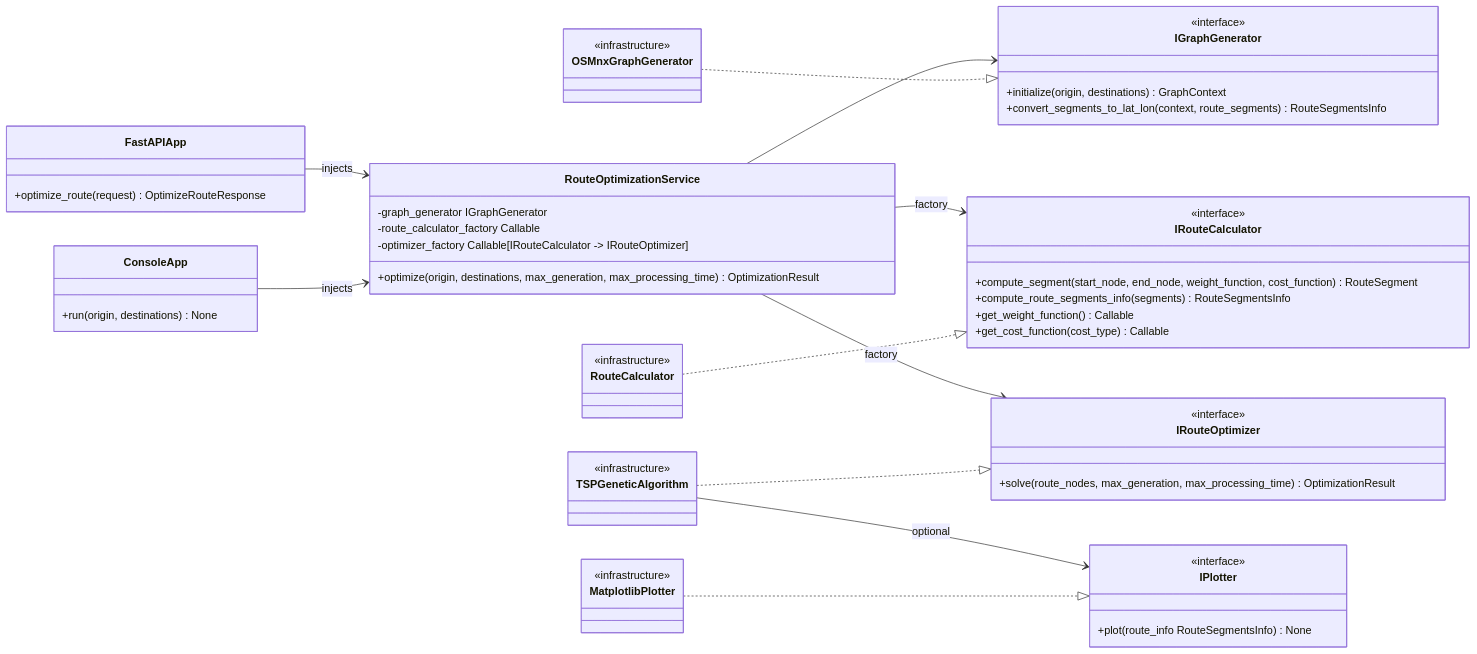
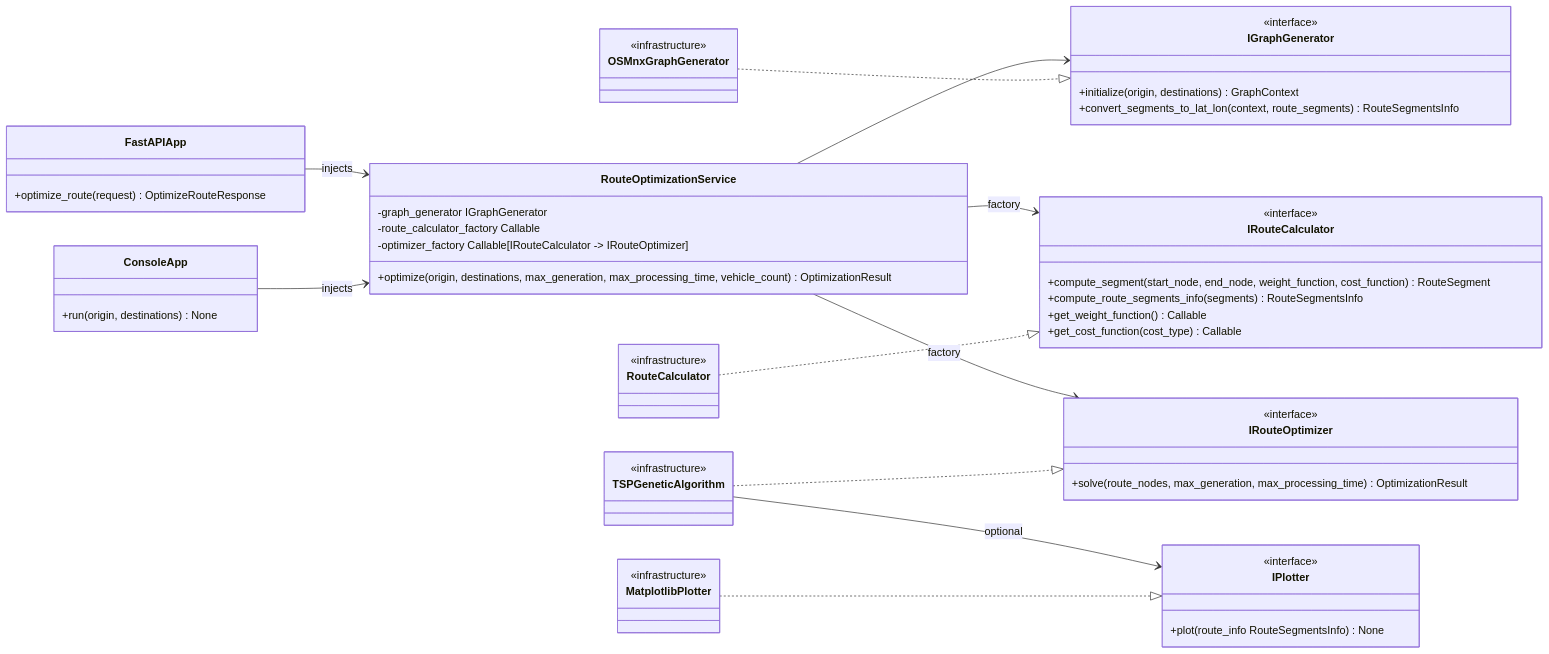
One commit to luizaaca/api_best_route changed the third of 3 diagrams in architecture.md. Above: the diagram before and after it, drawn with Mermaid. The commit also changed other lines of this file and 9 other files, not shown here.

Commit message:
feat: Add vehicle_count parameter to route optimization and update related documentation and logic

````diff
--- a/architecture.md
+++ b/architecture.md
@@ -280,61 +280,61 @@
 ```mermaid
 classDiagram
     direction LR
 
     class IGraphGenerator {
         <<interface>>
         +initialize(origin, destinations) GraphContext
         +convert_segments_to_lat_lon(context, route_segments) RouteSegmentsInfo
     }
 
     class IRouteCalculator {
         <<interface>>
         +compute_segment(start_node, end_node, weight_function, cost_function) RouteSegment
         +compute_route_segments_info(segments) RouteSegmentsInfo
         +get_weight_function() Callable
         +get_cost_function(cost_type) Callable
     }
 
     class IRouteOptimizer {
         <<interface>>
         +solve(route_nodes, max_generation, max_processing_time) OptimizationResult
     }
 
     class IPlotter {
         <<interface>>
         +plot(route_info RouteSegmentsInfo) None
     }
 
     class OSMnxGraphGenerator { <<infrastructure>> }
     class RouteCalculator { <<infrastructure>> }
     class TSPGeneticAlgorithm { <<infrastructure>> }
     class MatplotlibPlotter { <<infrastructure>> }
 
     class RouteOptimizationService {
         -graph_generator IGraphGenerator
         -route_calculator_factory Callable
         -optimizer_factory Callable[IRouteCalculator -> IRouteOptimizer]
-        +optimize(origin, destinations, max_generation, max_processing_time) OptimizationResult
+        +optimize(origin, destinations, max_generation, max_processing_time, vehicle_count) OptimizationResult
     }
 
     class FastAPIApp {
         +optimize_route(request) OptimizeRouteResponse
     }
 
     class ConsoleApp {
         +run(origin, destinations) None
     }
 
     RouteOptimizationService --> IGraphGenerator
     RouteOptimizationService --> IRouteCalculator : factory
     RouteOptimizationService --> IRouteOptimizer : factory
     TSPGeneticAlgorithm --> IPlotter : optional
 
     OSMnxGraphGenerator ..|> IGraphGenerator
     RouteCalculator ..|> IRouteCalculator
     TSPGeneticAlgorithm ..|> IRouteOptimizer
     MatplotlibPlotter ..|> IPlotter
 
     FastAPIApp --> RouteOptimizationService : injects
     ConsoleApp --> RouteOptimizationService : injects
 ```
````
